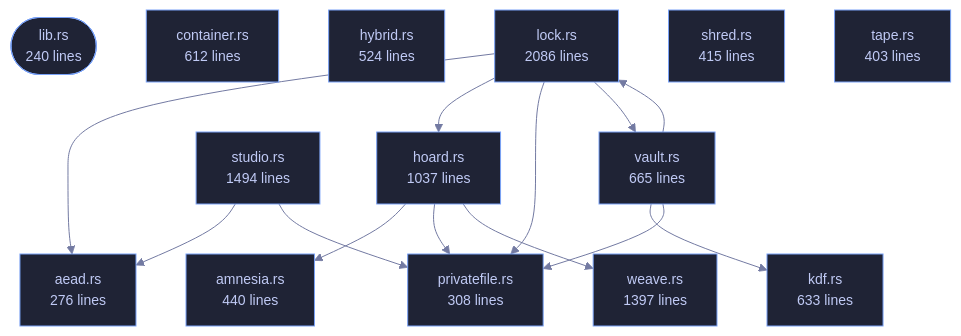
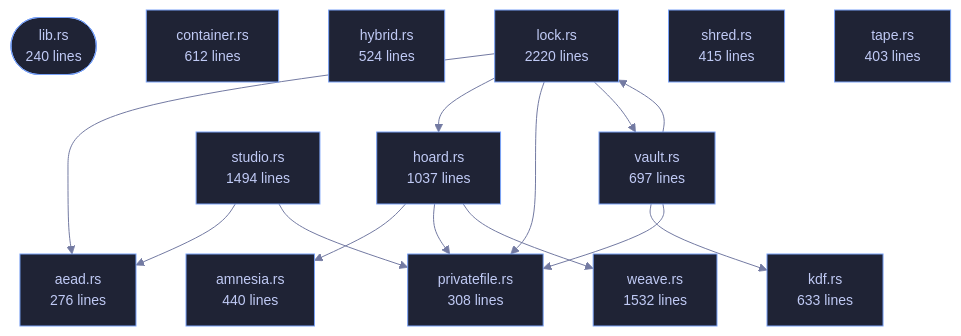
The diagram in wiki/Crate-veilvoice-crypto.md (tilas01/veilvoice), drawn with Mermaid before and after one commit. The commit also changed other lines of this file and 25 other files, not shown here.

````diff
--- a/wiki/Crate-veilvoice-crypto.md
+++ b/wiki/Crate-veilvoice-crypto.md
@@ -95,44 +95,44 @@
 ```mermaid
 %%{init: {"theme":"base","themeVariables":{"background":"#1a1b26","primaryColor":"#1f2335","primaryTextColor":"#c0caf5","primaryBorderColor":"#7aa2f7","secondaryColor":"#16161e","tertiaryColor":"#16161e","lineColor":"#737aa2","textColor":"#c0caf5","mainBkg":"#1f2335","nodeBorder":"#7aa2f7","clusterBkg":"#16161e","clusterBorder":"#2f3549","fontFamily":"ui-monospace, SFMono-Regular, Consolas, monospace","fontSize":"14px"}}}%%
 flowchart TD
     n_lib(["lib.rs<br/>240 lines"])
     n_aead["aead.rs<br/>276 lines"]
     n_amnesia["amnesia.rs<br/>440 lines"]
     n_container["container.rs<br/>612 lines"]
     n_hoard["hoard.rs<br/>1037 lines"]
     n_hybrid["hybrid.rs<br/>524 lines"]
     n_kdf["kdf.rs<br/>633 lines"]
-    n_lock["lock.rs<br/>2086 lines"]
+    n_lock["lock.rs<br/>2220 lines"]
     n_privatefile["privatefile.rs<br/>308 lines"]
     n_shred["shred.rs<br/>415 lines"]
     n_studio["studio.rs<br/>1494 lines"]
     n_tape["tape.rs<br/>403 lines"]
-    n_vault["vault.rs<br/>665 lines"]
-    n_weave["weave.rs<br/>1397 lines"]
+    n_vault["vault.rs<br/>697 lines"]
+    n_weave["weave.rs<br/>1532 lines"]
     n_hoard --> n_amnesia
     n_hoard --> n_privatefile
     n_hoard --> n_weave
     n_lock --> n_aead
     n_lock --> n_hoard
     n_lock --> n_privatefile
     n_lock --> n_vault
     n_studio --> n_aead
     n_studio --> n_privatefile
     n_vault --> n_kdf
     n_vault --> n_lock
     n_vault --> n_privatefile
     click n_lib href "https://github.com/tilas01/veilvoice/blob/main/crates/veilvoice-crypto/src/lib.rs" "open the source"
     click n_aead href "https://github.com/tilas01/veilvoice/blob/main/crates/veilvoice-crypto/src/aead.rs" "open the source"
     click n_amnesia href "https://github.com/tilas01/veilvoice/blob/main/crates/veilvoice-crypto/src/amnesia.rs" "open the source"
     click n_container href "https://github.com/tilas01/veilvoice/blob/main/crates/veilvoice-crypto/src/container.rs" "open the source"
     click n_hoard href "https://github.com/tilas01/veilvoice/blob/main/crates/veilvoice-crypto/src/hoard.rs" "open the source"
     click n_hybrid href "https://github.com/tilas01/veilvoice/blob/main/crates/veilvoice-crypto/src/hybrid.rs" "open the source"
     click n_kdf href "https://github.com/tilas01/veilvoice/blob/main/crates/veilvoice-crypto/src/kdf.rs" "open the source"
     click n_lock href "https://github.com/tilas01/veilvoice/blob/main/crates/veilvoice-crypto/src/lock.rs" "open the source"
     click n_privatefile href "https://github.com/tilas01/veilvoice/blob/main/crates/veilvoice-crypto/src/privatefile.rs" "open the source"
     click n_shred href "https://github.com/tilas01/veilvoice/blob/main/crates/veilvoice-crypto/src/shred.rs" "open the source"
     click n_studio href "https://github.com/tilas01/veilvoice/blob/main/crates/veilvoice-crypto/src/studio.rs" "open the source"
     click n_tape href "https://github.com/tilas01/veilvoice/blob/main/crates/veilvoice-crypto/src/tape.rs" "open the source"
     click n_vault href "https://github.com/tilas01/veilvoice/blob/main/crates/veilvoice-crypto/src/vault.rs" "open the source"
     click n_weave href "https://github.com/tilas01/veilvoice/blob/main/crates/veilvoice-crypto/src/weave.rs" "open the source"
 ```
````
